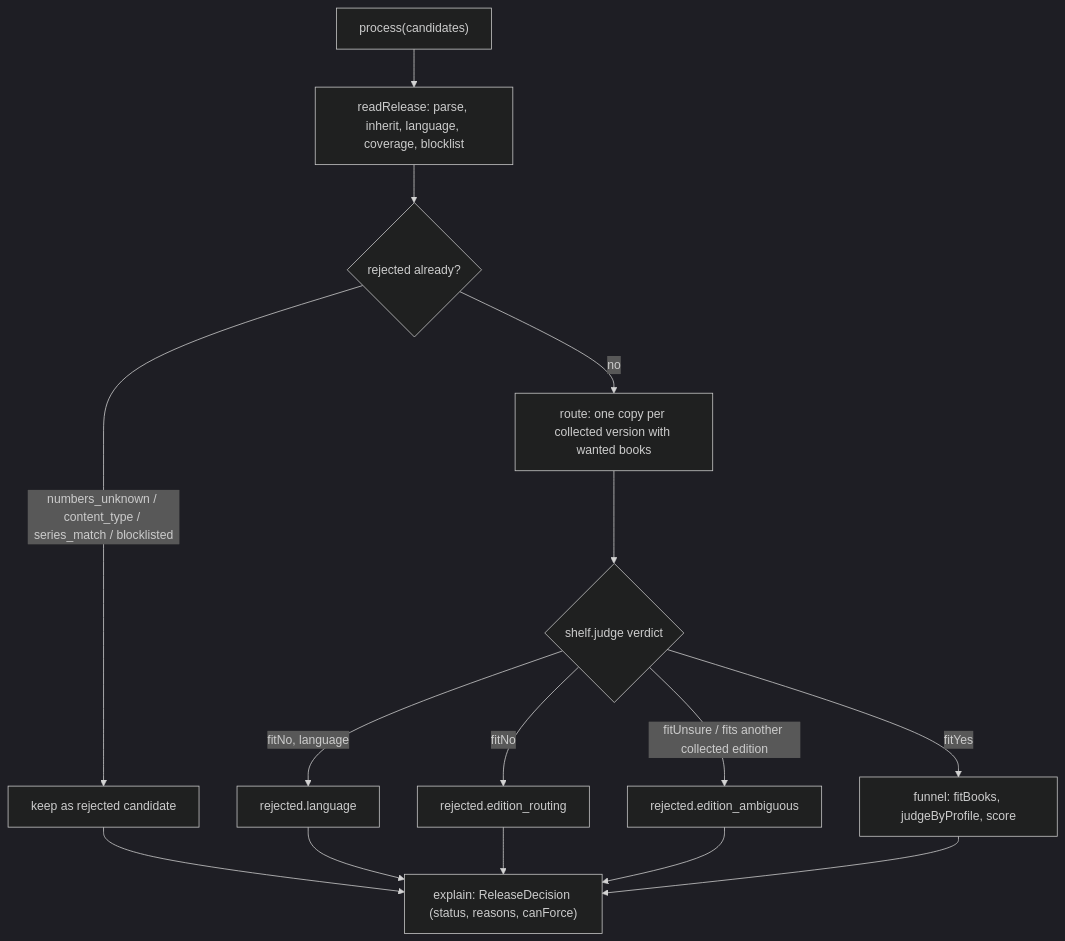
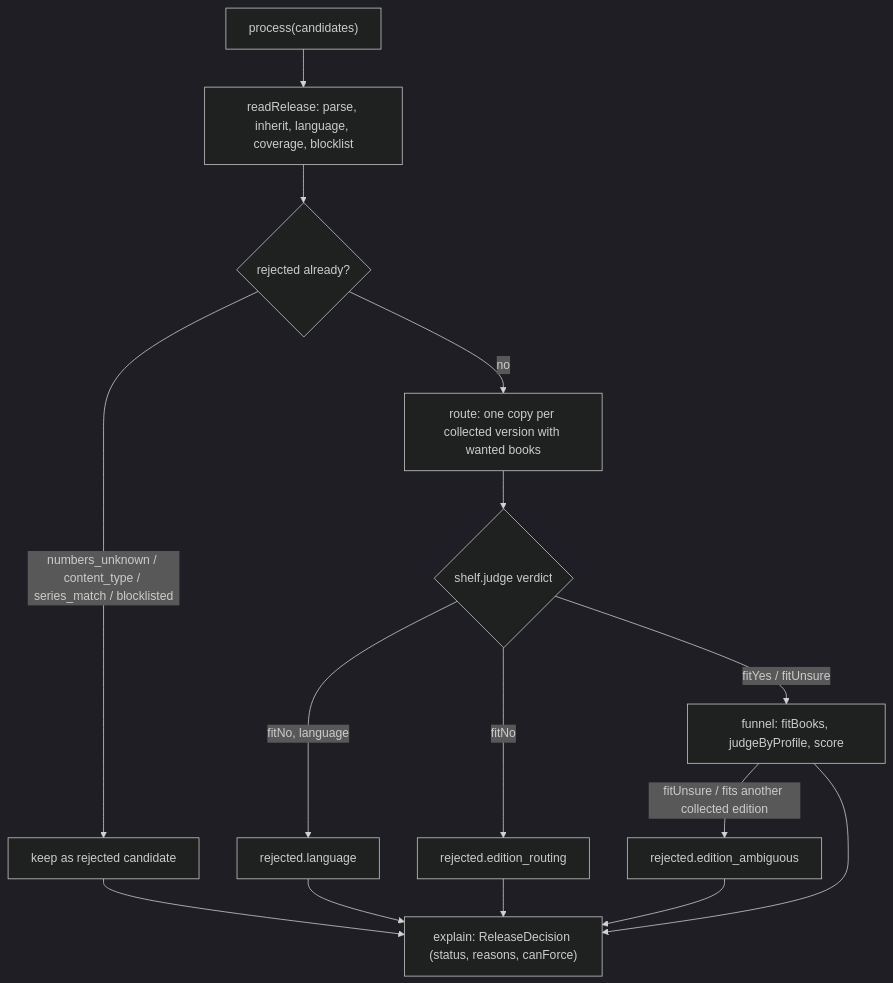
Before and after one commit to h-wb/sento: the second of 6 diagrams in docs/domain/acquisition.md, drawn with Mermaid (dark theme). The commit also changed other lines of this file and 9 other files, not shown here.

````diff
--- a/docs/domain/acquisition.md
+++ b/docs/domain/acquisition.md
@@ -197,17 +199,17 @@
 ```mermaid
 flowchart TD
     A["process(candidates)"] --> B["readRelease: parse, inherit, language, coverage, blocklist"]
     B --> C{"rejected already?"}
     C -->|"numbers_unknown / content_type / series_match / blocklisted"| D["keep as rejected candidate"]
     C -->|no| E["route: one copy per collected version with wanted books"]
     E --> F{"shelf.judge verdict"}
     F -->|"fitNo, language"| G["rejected.language"]
     F -->|"fitNo"| H["rejected.edition_routing"]
-    F -->|"fitUnsure / fits another collected edition"| I["rejected.edition_ambiguous"]
-    F -->|"fitYes"| J["funnel: fitBooks, judgeByProfile, score"]
+    F -->|"fitYes / fitUnsure"| J["funnel: fitBooks, judgeByProfile, score"]
+    J -->|"fitUnsure / fits another collected edition"| I["rejected.edition_ambiguous"]
     J --> K["explain: ReleaseDecision (status, reasons, canForce)"]
     D --> K
     G --> K
     H --> K
     I --> K
 ```
````
